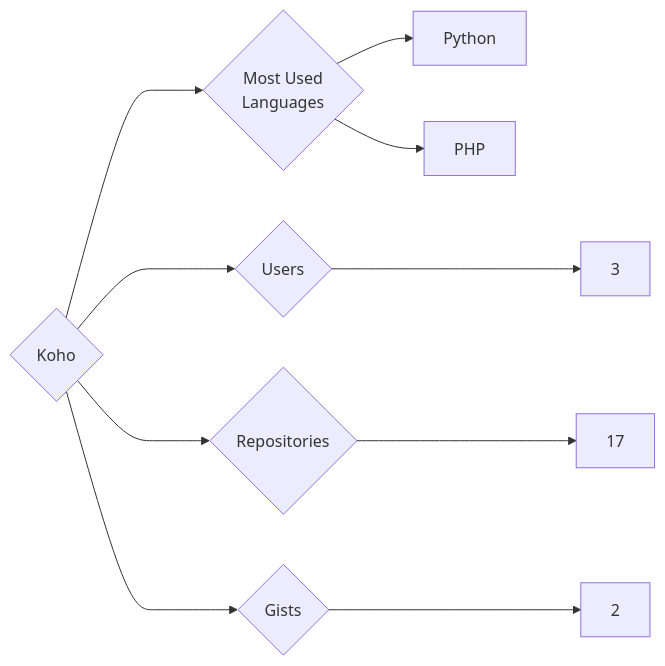
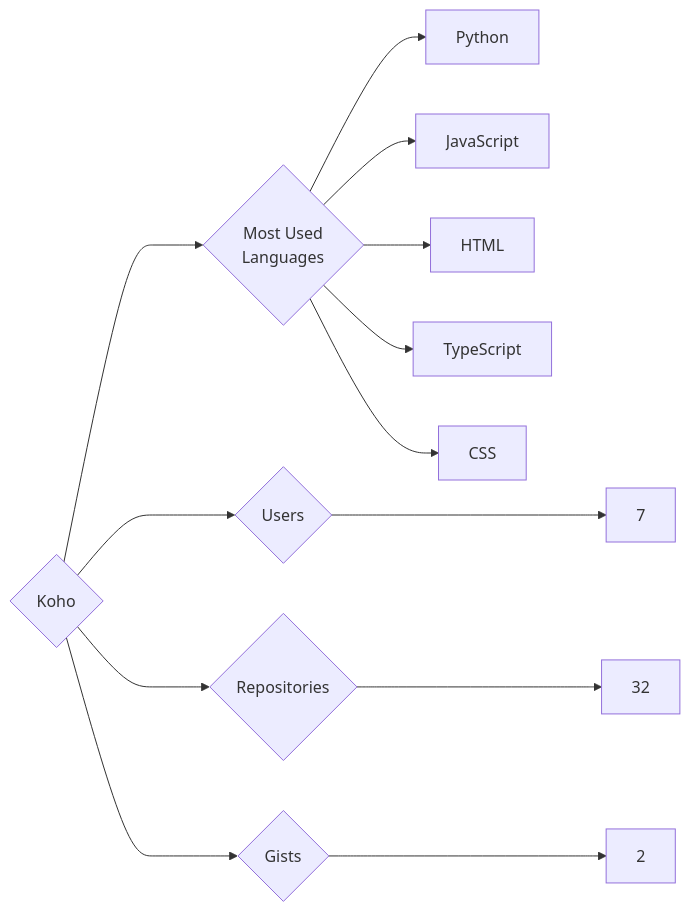
The diagram in targets/Koho/README.md (trickest/insiders), drawn with Mermaid before and after one commit. The commit also changed 1248 other files, not shown here.

````diff
--- a/targets/Koho/README.md
+++ b/targets/Koho/README.md
@@ -3,10 +3,13 @@
 ```mermaid
 graph LR
 COMPANY_NAME{Koho}
-COMPANY_NAME ---> U{Users} ---> UN[3]
-COMPANY_NAME ---> R{Repositories} ---> RN[17]
+COMPANY_NAME ---> U{Users} ---> UN[7]
+COMPANY_NAME ---> R{Repositories} ---> RN[32]
 COMPANY_NAME ---> G{Gists} ---> GN[2]
 COMPANY_NAME ---> ML{Most Used<br>Languages}
 ML --> Python[Python]
-ML --> PHP[PHP]
+ML --> JavaScript[JavaScript]
+ML --> HTML[HTML]
+ML --> TypeScript[TypeScript]
+ML --> CSS[CSS]
 ```
````
